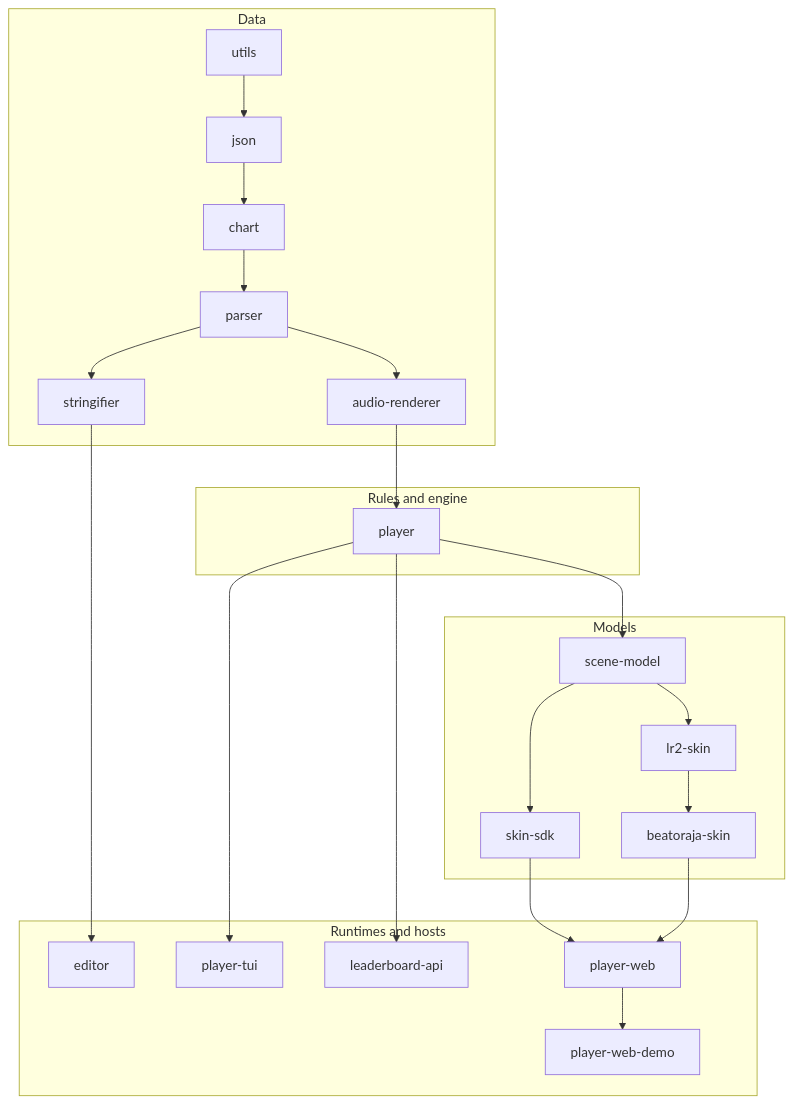
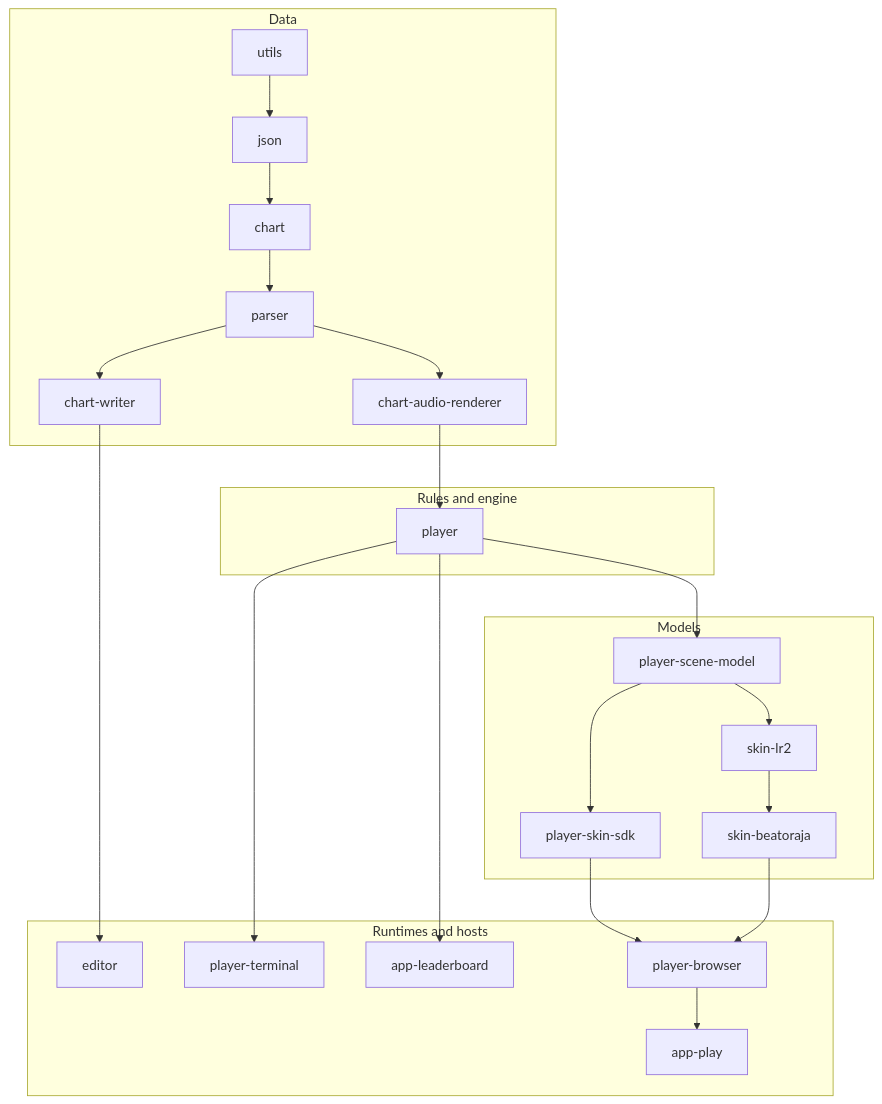
Before and after one commit to nulltask/be-music: the first of 2 diagrams in README.md, drawn with Mermaid. The commit also changed other lines of this file and 2542 other files, not shown here.

````diff
--- a/README.md
+++ b/README.md
@@ -28,35 +30,35 @@
 ```mermaid
 flowchart TD
   subgraph data["Data"]
     utils["utils"] --> json["json"] --> chart["chart"] --> parser["parser"]
-    parser --> stringifier["stringifier"]
-    parser --> renderer["audio-renderer"]
+    parser --> stringifier["chart-writer"]
+    parser --> renderer["chart-audio-renderer"]
   end
   subgraph rules["Rules and engine"]
     player["player"]
   end
   subgraph models["Models"]
-    scene["scene-model"]
-    sdk["skin-sdk"]
-    lr2["lr2-skin"]
-    beatoraja["beatoraja-skin"]
+    scene["player-scene-model"]
+    sdk["player-skin-sdk"]
+    lr2["skin-lr2"]
+    beatoraja["skin-beatoraja"]
   end
   subgraph hosts["Runtimes and hosts"]
     editor["editor"]
-    tui["player-tui"]
-    lb["leaderboard-api"]
-    web["player-web"]
-    demo["player-web-demo"]
+    tui["player-terminal"]
+    lb["app-leaderboard"]
+    web["player-browser"]
+    demo["app-play"]
   end
 
   stringifier --> editor
   renderer --> player
   player --> scene
   player --> tui
   player --> lb
   scene --> sdk
   scene --> lr2 --> beatoraja
   sdk --> web
   beatoraja --> web
   web --> demo
 ```
````
